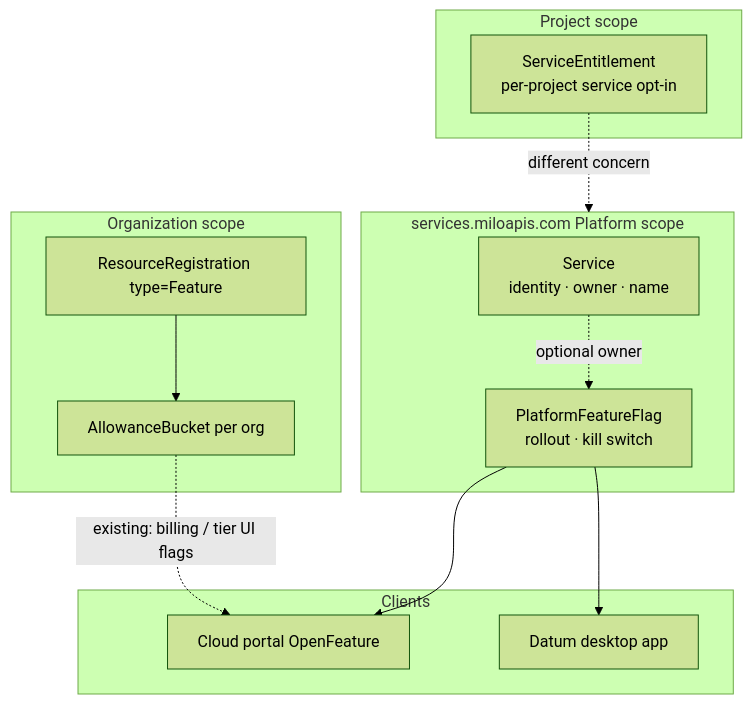
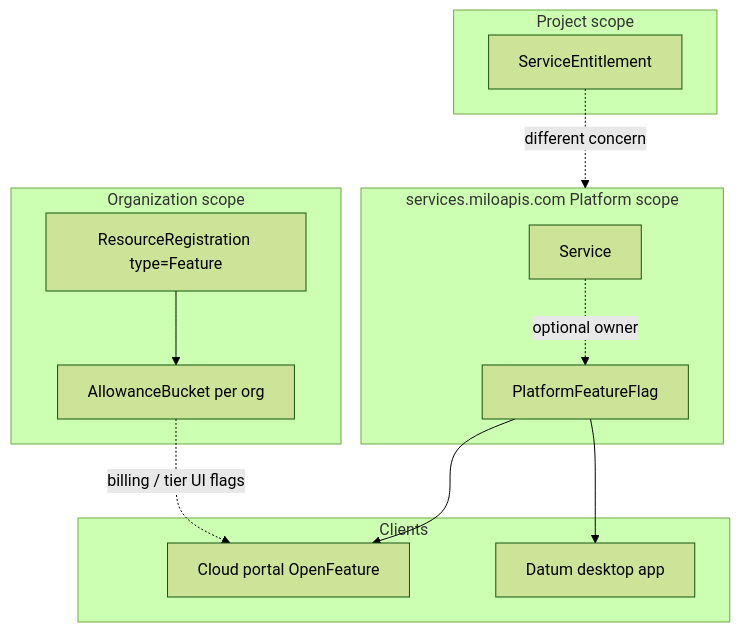
Before and after one commit to milo-os/service-catalog: the third of 3 diagrams in docs/enhancements/platform-feature-flags.md, drawn with Mermaid (forest theme). The commit also changed other lines of this file, not shown here.

First line of the commit message:
docs: Restructure platform feature flags doc to enhancement template

````diff
--- a/docs/enhancements/platform-feature-flags.md
+++ b/docs/enhancements/platform-feature-flags.md
@@ -218,24 +274,24 @@
 ```mermaid
 flowchart TB
     subgraph catalog [services.miloapis.com Platform scope]
-        SVC["Service\n identity · owner · name"]
-        PFF["PlatformFeatureFlag\n rollout · kill switch"]
+        SVC["Service"]
+        PFF["PlatformFeatureFlag"]
         SVC -.->|optional owner| PFF
     end
     subgraph projectScope [Project scope]
-        SE["ServiceEntitlement\n per-project service opt-in"]
+        SE["ServiceEntitlement"]
     end
     subgraph orgScope [Organization scope]
         RR["ResourceRegistration type=Feature"]
         AB["AllowanceBucket per org"]
         RR --> AB
     end
     subgraph clients [Clients]
         Portal["Cloud portal OpenFeature"]
         Desktop["Datum desktop app"]
     end
     PFF --> Portal
     PFF --> Desktop
-    AB -.->|"existing: billing / tier UI flags"| Portal
+    AB -.->|"billing / tier UI flags"| Portal
     SE -.->|"different concern"| catalog
 ```
````
